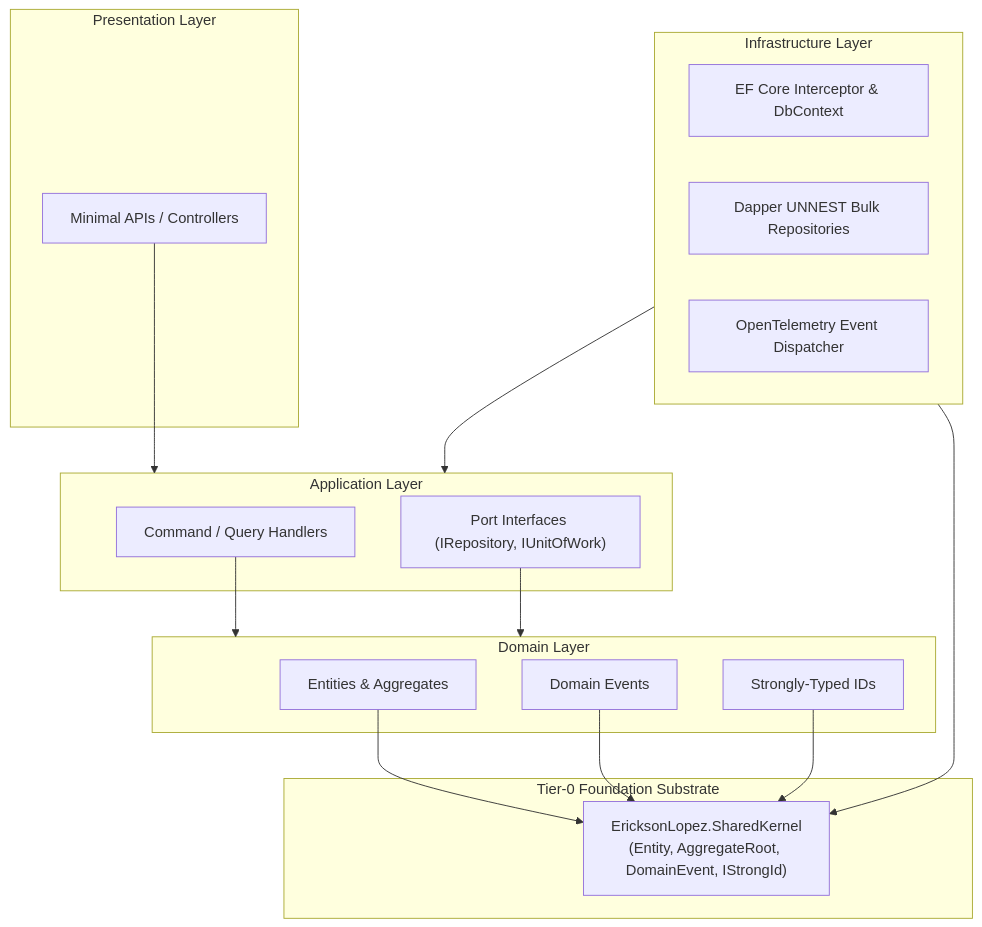
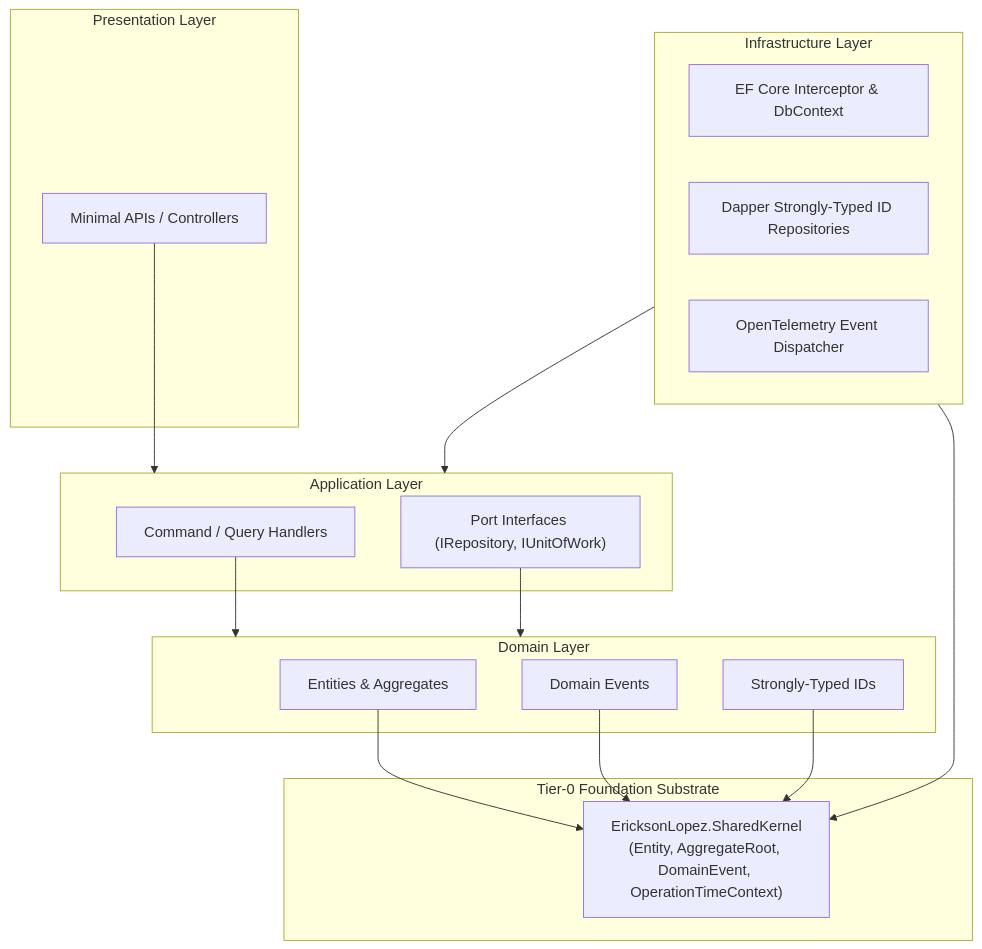
One commit to ericksonlopezf/dotnet-shared-kernel changed the first of 2 diagrams in README.md. Above: the diagram before and after it, drawn with Mermaid. The commit also changed other lines of this file and 211 other files, not shown here.

Commit message:
feat!: introduce persistence metadata substrate, domain timing models, and architectural hardening

````diff
--- a/README.md
+++ b/README.md
@@ -738,36 +810,36 @@
 ```mermaid
 flowchart TD
     subgraph Presentation ["Presentation Layer"]
         API["Minimal APIs / Controllers"]
     end
 
     subgraph Application ["Application Layer"]
         Handlers["Command / Query Handlers"]
         Ports["Port Interfaces (IRepository, IUnitOfWork)"]
     end
 
     subgraph Domain ["Domain Layer"]
         Entities["Entities & Aggregates"]
         Events["Domain Events"]
         IDs["Strongly-Typed IDs"]
     end
 
     subgraph Infrastructure ["Infrastructure Layer"]
         EF["EF Core Interceptor & DbContext"]
-        DapperRepo["Dapper UNNEST Bulk Repositories"]
+        DapperRepo["Dapper Strongly-Typed ID Repositories"]
         OTel["OpenTelemetry Event Dispatcher"]
     end
 
     subgraph Tier0 ["Tier-0 Foundation Substrate"]
-        SK["EricksonLopez.SharedKernel<br/>(Entity, AggregateRoot, DomainEvent, IStrongId)"]
+        SK["EricksonLopez.SharedKernel<br/>(Entity, AggregateRoot, DomainEvent, OperationTimeContext)"]
     end
 
     API --> Application
     Handlers --> Domain
     Ports --> Domain
     Entities --> SK
     Events --> SK
     IDs --> SK
     Infrastructure --> Application
     Infrastructure --> SK
 ```
````
